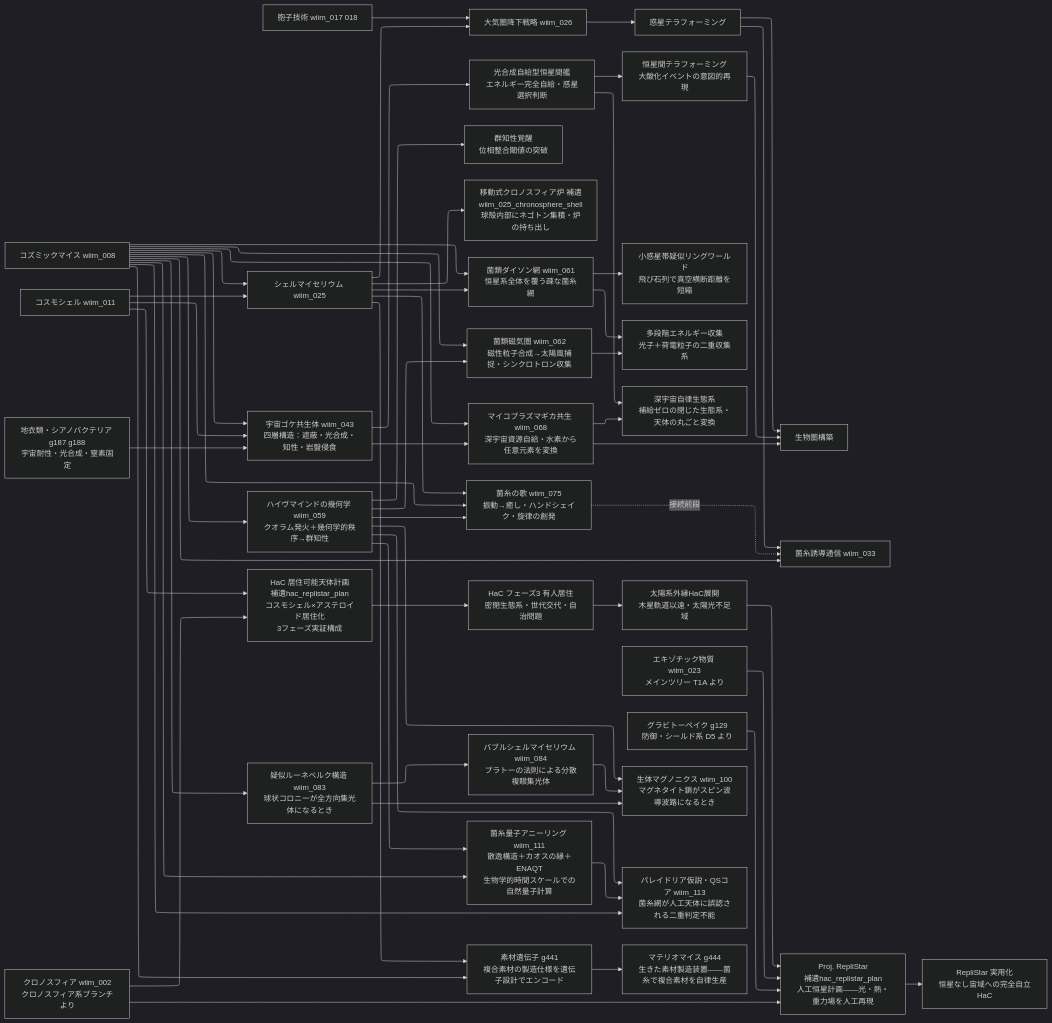
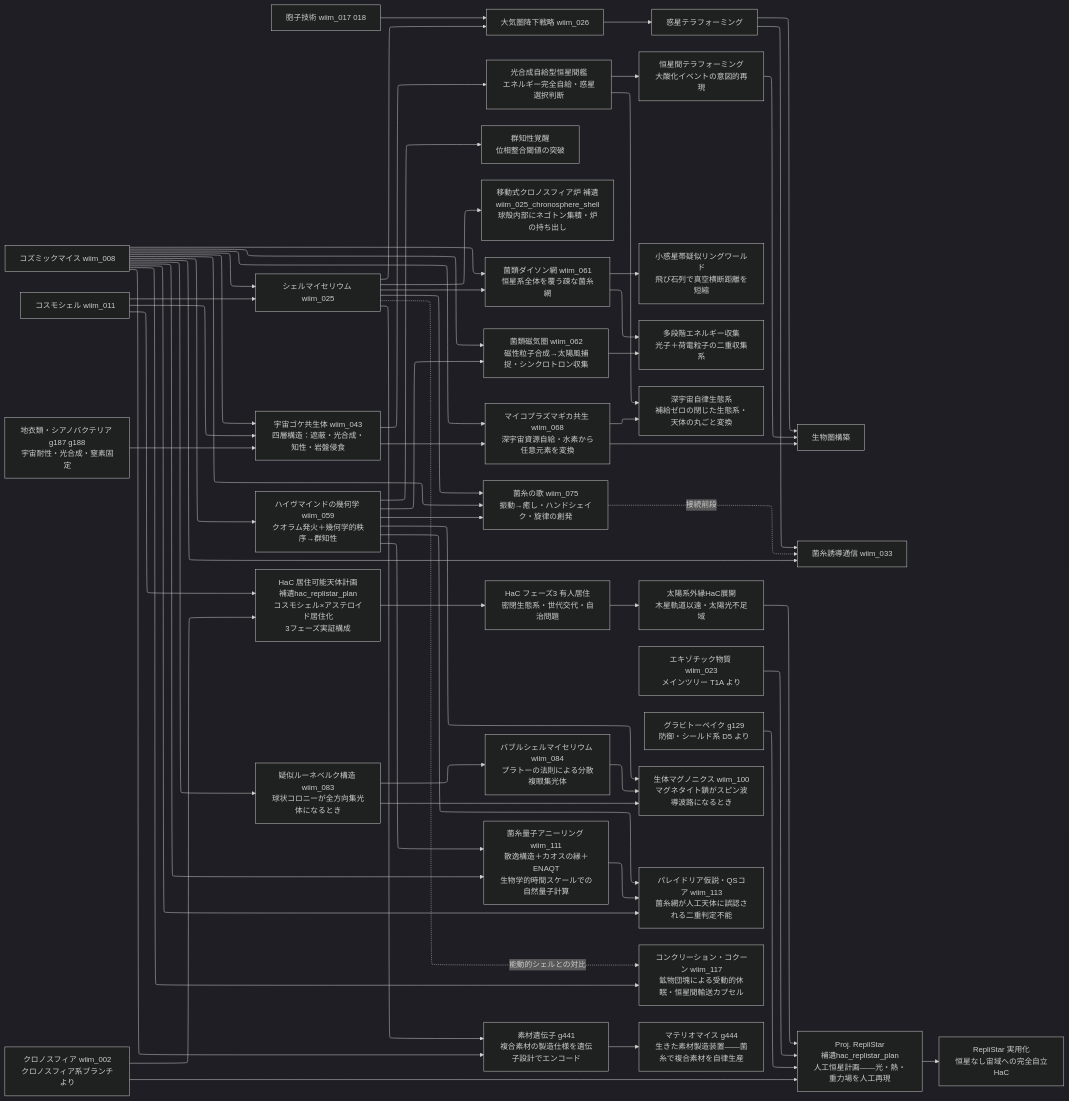
Before and after one commit to theronium/WhatIfImpossible: the diagram in docs/notes/tech_tree_biology.md, drawn with Mermaid (dark theme). The commit also changed other lines of this file and 15 other files, not shown here.

First line of the commit message:
feat: 記事wiim_117（コンクリーション・コクーン）を追加・g458を修正

````diff
--- a/docs/notes/tech_tree_biology.md
+++ b/docs/notes/tech_tree_biology.md
@@ -12,77 +12,80 @@
 ```mermaid
 %%{init: {"layout": "elk"}}%%
 flowchart LR
     B1[コズミックマイス wiim_008]
     B2[コスモシェル wiim_011]
     B3[胞子技術 wiim_017 018]
 
     B9[地衣類・シアノバクテリア g187 g188\n宇宙耐性・光合成・窒素固定]
 
     B1 --> B4[シェルマイセリウム wiim_025]
     B2 --> B4
     B4 --> B5[大気圏降下戦略 wiim_026]
     B3 --> B5
     B5 --> B6[惑星テラフォーミング]
     B6 --> B7[生物圏構築]
     B6 --> B8[菌糸誘導通信 wiim_033]
     B1 --> B8
 
     B1 --> B10[宇宙ゴケ共生体 wiim_043\n四層構造：遮蔽・光合成・知性・岩盤侵食]
     B2 --> B10
     B9 --> B10
     B10 --> B11[光合成自給型恒星間艦\nエネルギー完全自給・惑星選択判断]
     B11 --> B12[恒星間テラフォーミング\n大酸化イベントの意図的再現]
     B12 --> B7
 
     B1 --> B13[ハイヴマインドの幾何学 wiim_059\nクオラム発火＋幾何学的秩序→群知性]
     B13 --> B14[群知性覚醒\n位相整合閾値の突破]
 
     B4 --> B15[移動式クロノスフィア炉 補遺wiim_025_chronosphere_shell\n球殻内部にネゴトン集積・炉の持ち出し]
 
     B1 --> B16[菌類ダイソン網 wiim_061\n恒星系全体を覆う疎な菌糸網]
     B4 --> B16
     B1 --> B17[菌類磁気圏 wiim_062\n磁性粒子合成→太陽風捕捉・シンクロトロン収集]
     B13 --> B17
     B16 --> B18[小惑星帯疑似リングワールド\n飛び石列で真空横断距離を短縮]
     B16 --> B19[多段階エネルギー収集\n光子＋荷電粒子の二重収集系]
     B17 --> B19
 
     B1 --> B20[マイコプラズマギカ共生 wiim_068\n深宇宙資源自給・水素から任意元素を変換]
     B10 --> B20
     B20 --> B7
     B20 --> B21[深宇宙自律生態系\n補給ゼロの閉じた生態系・天体の丸ごと変換]
     B11 --> B21
 
     B1 --> B22[菌糸の歌 wiim_075\n振動→癒し・ハンドシェイク・旋律の創発]
     B4 --> B22
     B13 --> B22
     B22 -.->|接続前段| B8
 
     CH_ref[クロノスフィア wiim_002\nクロノスフィア系ブランチより] --> B23
     B2 --> B23[HaC 居住可能天体計画\n補遺hac_replistar_plan\nコスモシェル×アステロイド居住化\n3フェーズ実証構成]
     B23 --> B24[HaC フェーズ3 有人居住\n密閉生態系・世代交代・自治問題]
     B24 --> B25[太陽系外縁HaC展開\n木星軌道以遠・太陽光不足域]
 
     EXO_ref[エキゾチック物質 wiim_023\nメインツリー T1A より] --> B26
     GRP_ref[グラビトーペイク g129\n防御・シールド系 D5 より] --> B26
     CH_ref --> B26
     B25 --> B26[Proj. RepliStar\n補遺hac_replistar_plan\n人工恒星計画——光・熱・重力場を人工再現]
     B26 --> B27[RepliStar 実用化\n恒星なし宙域への完全自立HaC]
 
     B1 --> B28[疑似ルーネベルク構造 wiim_083\n球状コロニーが全方向集光体になるとき]
     B28 --> B29[バブルシェルマイセリウム wiim_084\nプラトーの法則による分散複眼集光体]
     B28 --> B30[生体マグノニクス wiim_100\nマグネタイト鎖がスピン波導波路になるとき]
     B29 --> B30
     B13 --> B30
 
     B1 --> B33[菌糸量子アニーリング wiim_111\n散逸構造＋カオスの縁＋ENAQT\n生物学的時間スケールでの自然量子計算]
     B13 --> B33
 
     B1 --> B34[パレイドリア仮説・QSコア wiim_113\n菌糸網が人工天体に誤認される二重判定不能]
     B13 --> B34
     B33 --> B34
 
+    B1 --> B35[コンクリーション・コクーン wiim_117\n鉱物団塊による受動的休眠・恒星間輸送カプセル]
+    B4 -.->|能動的シェルとの対比| B35
+
     B1 --> B31[素材遺伝子 g441\n複合素材の製造仕様を遺伝子設計でエンコード]
     B4 --> B31
     B31 --> B32[マテリオマイス g444\n生きた素材製造装置——菌糸で複合素材を自律生産]
 ```
````
